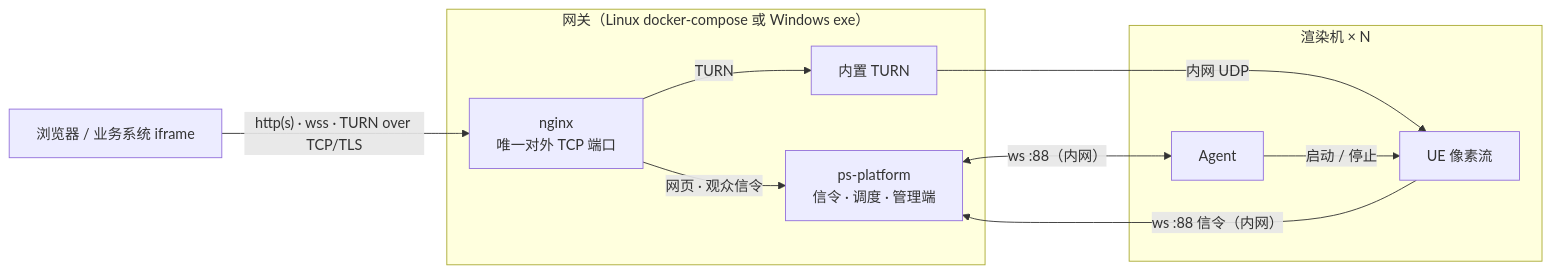
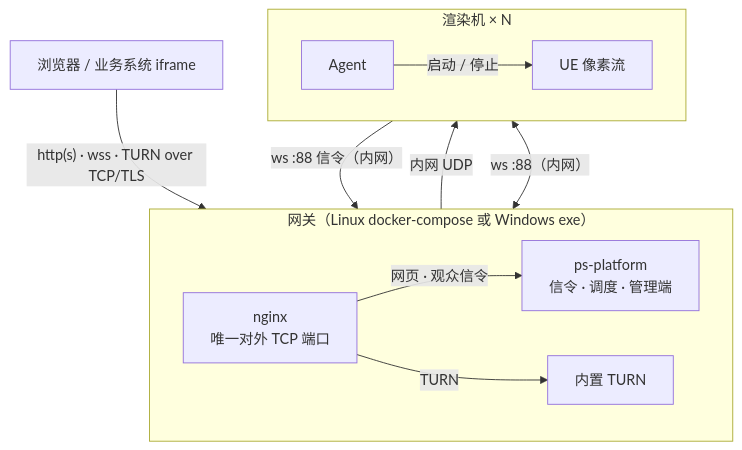
One commit to sreyun/ueps changed the diagram in README.md. Above: the diagram before and after it, drawn with Mermaid. The commit also changed 1 other file, not shown here.

Commit message:
ci: 安装程序编译使用 Windows 绝对路径；README 原理图改为纵向布局

````diff
--- a/README.md
+++ b/README.md
@@ -16,20 +16,22 @@
 ```mermaid
-flowchart LR
+flowchart TB
   B["浏览器 / 业务系统 iframe"]
   subgraph GW["网关（Linux docker-compose 或 Windows exe）"]
+    direction LR
     N["nginx<br/>唯一对外 TCP 端口"]
     P["ps-platform<br/>信令 · 调度 · 管理端"]
     T["内置 TURN"]
   end
   subgraph RM["渲染机 × N"]
+    direction LR
     A["Agent"]
     U["UE 像素流"]
   end
   B -- "http(s) · wss · TURN over TCP/TLS" --> N
   N -- "网页 · 观众信令" --> P
   N -- "TURN" --> T
   T -- "内网 UDP" --> U
   P <-- "ws :88（内网）" --> A
   A -- "启动 / 停止" --> U
   U -- "ws :88 信令（内网）" --> P
 ```
````
